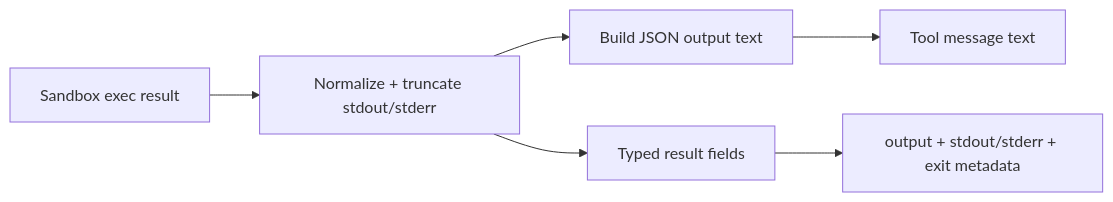
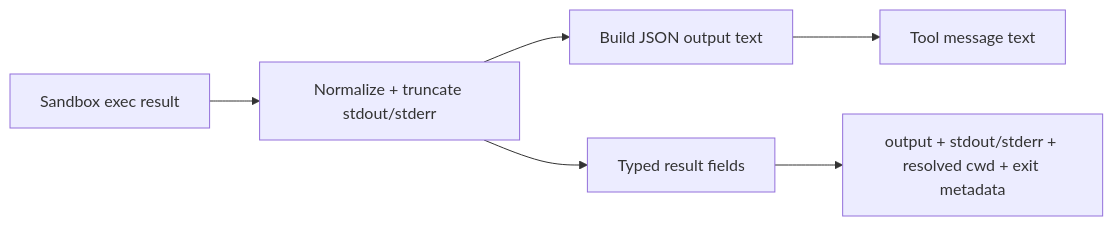
One commit to ex3ndr/daycare changed the diagram in doc/20260228-exec-structured-output.md. Above: the diagram before and after it, drawn with Mermaid. The commit also changed other lines of this file and 2 other files, not shown here.

Commit message:
fix(shell): return resolved exec cwd

````diff
--- a/doc/20260228-exec-structured-output.md
+++ b/doc/20260228-exec-structured-output.md
@@ -18,8 +20,8 @@
 ```mermaid
 flowchart LR
     A[Sandbox exec result] --> B[Normalize + truncate stdout/stderr]
     B --> C[Build JSON output text]
     C --> D[Tool message text]
     B --> E[Typed result fields]
-    E --> F[output + stdout/stderr + exit metadata]
+    E --> F[output + stdout/stderr + resolved cwd + exit metadata]
 ```
````
